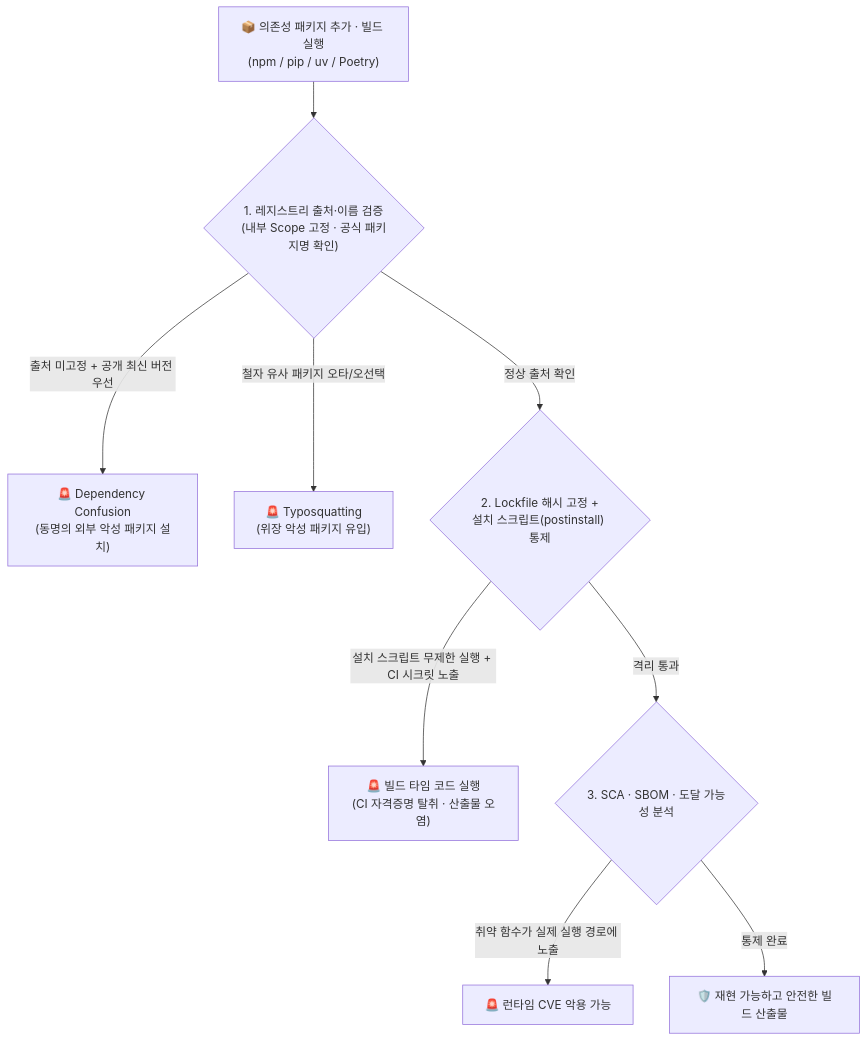
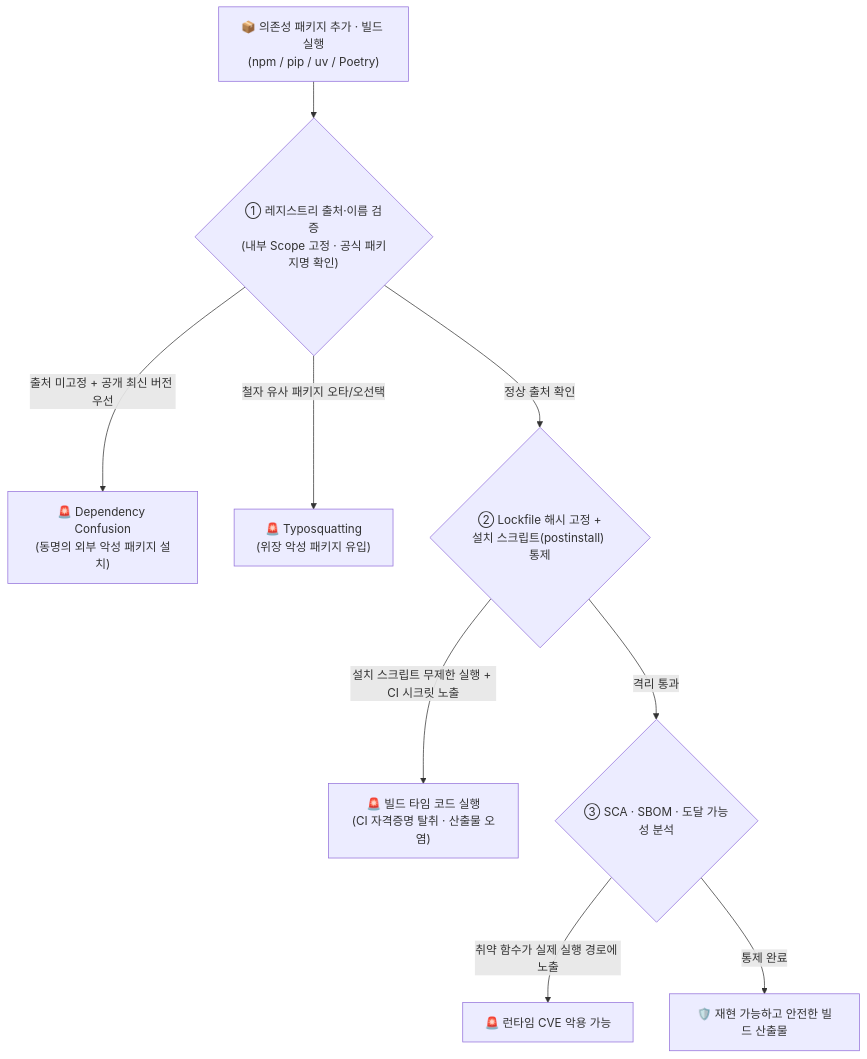
One commit to gooyong-sec/gooyong-sec.github.io changed the first of 2 diagrams in content/웹취약점/웹 취약점 진단 — 공급망·의존성 보안(SCA와 악성 패키지).md. Above: the diagram before and after it, drawn with Mermaid. The commit also changed 28 other files, not shown here.

First line of the commit message:
fix: eliminate remaining mermaid markdown-list misparse across all diagrams

````diff
--- a/content/웹취약점/웹 취약점 진단 — 공급망·의존성 보안(SCA와 악성 패키지).md
+++ b/content/웹취약점/웹 취약점 진단 — 공급망·의존성 보안(SCA와 악성 패키지).md
@@ -21,11 +21,11 @@
 ```mermaid
 flowchart TD
-    Req["📦 의존성 패키지 추가 · 빌드 실행<br/>(npm / pip / uv / Poetry)"] --> S1{"1. 레지스트리 출처·이름 검증<br/>(내부 Scope 고정 · 공식 패키지명 확인)"}
+    Req["📦 의존성 패키지 추가 · 빌드 실행<br/>(npm / pip / uv / Poetry)"] --> S1{"① 레지스트리 출처·이름 검증<br/>(내부 Scope 고정 · 공식 패키지명 확인)"}
     S1 -->|"출처 미고정 + 공개 최신 버전 우선"| A1["🚨 Dependency Confusion<br/>(동명의 외부 악성 패키지 설치)"]
     S1 -->|"철자 유사 패키지 오타/오선택"| A2["🚨 Typosquatting<br/>(위장 악성 패키지 유입)"]
-    S1 -->|"정상 출처 확인"| S2{"2. Lockfile 해시 고정 +<br/>설치 스크립트(postinstall) 통제"}
+    S1 -->|"정상 출처 확인"| S2{"② Lockfile 해시 고정 +<br/>설치 스크립트(postinstall) 통제"}
     S2 -->|"설치 스크립트 무제한 실행 + CI 시크릿 노출"| A3["🚨 빌드 타임 코드 실행<br/>(CI 자격증명 탈취 · 산출물 오염)"]
-    S2 -->|"격리 통과"| S3{"3. SCA · SBOM · 도달 가능성 분석"}
+    S2 -->|"격리 통과"| S3{"③ SCA · SBOM · 도달 가능성 분석"}
     S3 -->|"취약 함수가 실제 실행 경로에 노출"| A4["🚨 런타임 CVE 악용 가능"]
     S3 -->|"통제 완료"| Safe["🛡️ 재현 가능하고 안전한 빌드 산출물"]
 ```
````
